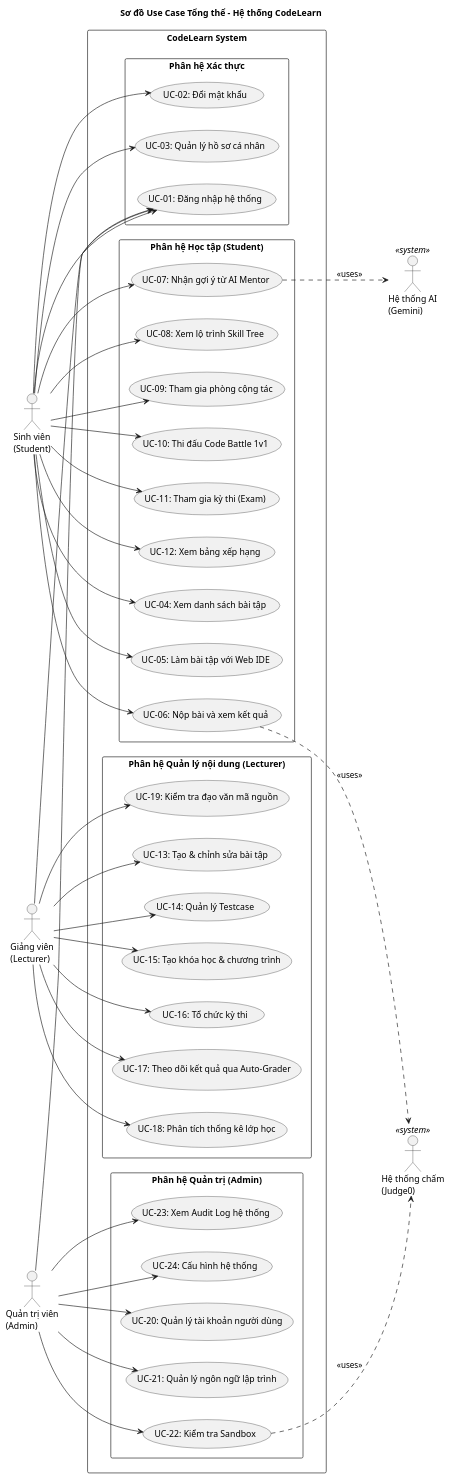
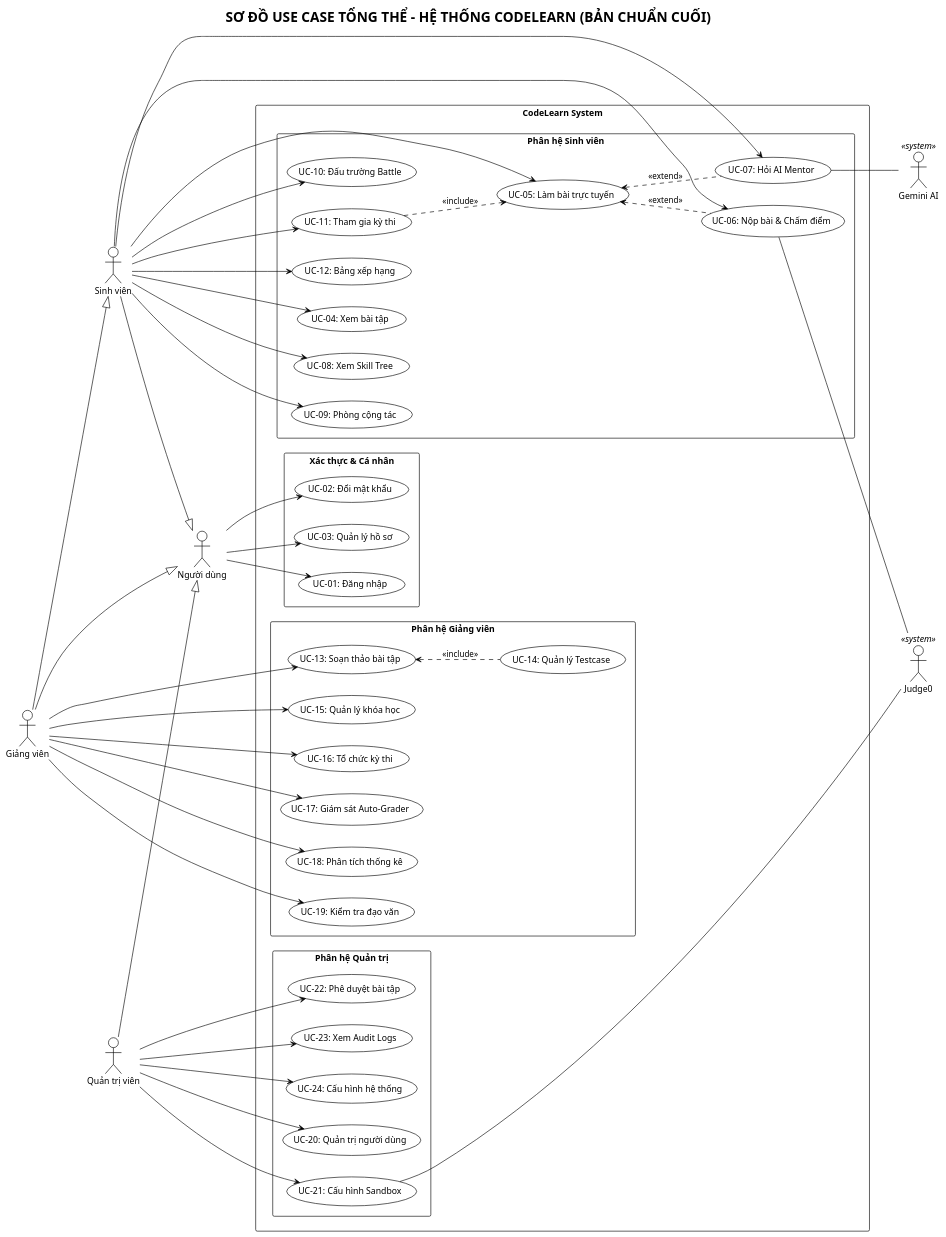
Before and after one commit to ARPHAM/codelearn-fe: the second of 2 diagrams in CodeLearn_BaoCao/03b_Ch3_Architecture_UseCase.md, drawn with PlantUML. The commit also changed other lines of this file and 12 other files, not shown here.

````diff
--- a/CodeLearn_BaoCao/03b_Ch3_Architecture_UseCase.md
+++ b/CodeLearn_BaoCao/03b_Ch3_Architecture_UseCase.md
@@ -111,59 +131,71 @@
 ```plantuml
-@startuml CodeLearn_UseCase_Overview
-skinparam monochrome true`n!theme plain
+@startuml CodeLearn_UseCase_Final
+!theme plain
 left to right direction
 skinparam packageStyle rectangle
+skinparam shadowing false
+skinparam defaultFontName "Segoe UI"
 
-title Sơ đồ Use Case Tổng thể - Hệ thống CodeLearn
+title SƠ ĐỒ USE CASE TỔNG THỂ - HỆ THỐNG CODELEARN (BẢN CHUẨN CUỐI)
 
-actor "Sinh viên\n(Student)" as SV
-actor "Giảng viên\n(Lecturer)" as GV
-actor "Quản trị viên\n(Admin)" as AD
-actor "Hệ thống AI\n(Gemini)" as AI <<system>>
-actor "Hệ thống chấm\n(Judge0)" as J0 <<system>>
+actor "Người dùng" as U
+actor "Sinh viên" as SV
+actor "Giảng viên" as GV
+actor "Quản trị viên" as AD
+actor "Gemini AI" as AI <<system>>
+actor "Judge0" as J0 <<system>>
+
+' Quan hệ kế thừa (Inheritance)
+SV --|> U
+GV --|> U
+GV --|> SV
+AD --|> U
 
 rectangle "CodeLearn System" {
 
-  package "Phân hệ Xác thực" {
-    usecase "UC-01: Đăng nhập hệ thống" as UC01
+  package "Xác thực & Cá nhân" {
+    usecase "UC-01: Đăng nhập" as UC01
     usecase "UC-02: Đổi mật khẩu" as UC02
-    usecase "UC-03: Quản lý hồ sơ cá nhân" as UC03
+    usecase "UC-03: Quản lý hồ sơ" as UC03
   }
 
-  package "Phân hệ Học tập (Student)" {
-    usecase "UC-04: Xem danh sách bài tập" as UC04
-    usecase "UC-05: Làm bài tập với Web IDE" as UC05
-    usecase "UC-06: Nộp bài và xem kết quả" as UC06
-    usecase "UC-07: Nhận gợi ý từ AI Mentor" as UC07
-    usecase "UC-08: Xem lộ trình Skill Tree" as UC08
-    usecase "UC-09: Tham gia phòng cộng tác" as UC09
-    usecase "UC-10: Thi đấu Code Battle 1v1" as UC10
-    usecase "UC-11: Tham gia kỳ thi (Exam)" as UC11
-    usecase "UC-12: Xem bảng xếp hạng" as UC12
+  package "Phân hệ Sinh viên" {
+    usecase "UC-04: Xem bài tập" as UC04
+    usecase "UC-05: Làm bài trực tuyến" as UC05
+    usecase "UC-06: Nộp bài & Chấm điểm" as UC06
+    usecase "UC-07: Hỏi AI Mentor" as UC07
+    usecase "UC-08: Xem Skill Tree" as UC08
+    usecase "UC-09: Phòng cộng tác" as UC09
+    usecase "UC-10: Đấu trường Battle" as UC10
+    usecase "UC-11: Tham gia kỳ thi" as UC11
+    usecase "UC-12: Bảng xếp hạng" as UC12
   }
 
-  package "Phân hệ Quản lý nội dung (Lecturer)" {
-    usecase "UC-13: Tạo & chỉnh sửa bài tập" as UC13
+  package "Phân hệ Giảng viên" {
+    usecase "UC-13: Soạn thảo bài tập" as UC13
     usecase "UC-14: Quản lý Testcase" as UC14
-    usecase "UC-15: Tạo khóa học & chương trình" as UC15
+    usecase "UC-15: Quản lý khóa học" as UC15
     usecase "UC-16: Tổ chức kỳ thi" as UC16
-    usecase "UC-17: Theo dõi kết quả qua Auto-Grader" as UC17
-    usecase "UC-18: Phân tích thống kê lớp học" as UC18
-    usecase "UC-19: Kiểm tra đạo văn mã nguồn" as UC19
+    usecase "UC-17: Giám sát Auto-Grader" as UC17
+    usecase "UC-18: Phân tích thống kê" as UC18
+    usecase "UC-19: Kiểm tra đạo văn" as UC19
   }
 
-  package "Phân hệ Quản trị (Admin)" {
-    usecase "UC-20: Quản lý tài khoản người dùng" as UC20
-    usecase "UC-21: Quản lý ngôn ngữ lập trình" as UC21
-    usecase "UC-22: Kiểm tra Sandbox" as UC22
-    usecase "UC-23: Xem Audit Log hệ thống" as UC23
+  package "Phân hệ Quản trị" {
+    usecase "UC-20: Quản trị người dùng" as UC20
+    usecase "UC-21: Cấu hình Sandbox" as UC21
+    usecase "UC-22: Phê duyệt bài tập" as UC22
+    usecase "UC-23: Xem Audit Logs" as UC23
     usecase "UC-24: Cấu hình hệ thống" as UC24
   }
 }
 
-SV --> UC01
-SV --> UC02
-SV --> UC03
+' Kết nối Common
+U --> UC01
+U --> UC02
+U --> UC03
+
+' Kết nối Sinh viên
 SV --> UC04
 SV --> UC05
 SV --> UC06
@@ -174,25 +206,31 @@
 SV --> UC11
 SV --> UC12
 
-GV --> UC01
+' Quan hệ Logic nội bộ
+UC05 <.. UC06 : <<extend>>
+UC05 <.. UC07 : <<extend>>
+UC13 <.. UC14 : <<include>>
+UC11 ..> UC05 : <<include>>
+
+' Kết nối Giảng viên
 GV --> UC13
-GV --> UC14
 GV --> UC15
 GV --> UC16
 GV --> UC17
 GV --> UC18
 GV --> UC19
 
-AD --> UC01
+' Kết nối Admin
 AD --> UC20
 AD --> UC21
 AD --> UC22
 AD --> UC23
 AD --> UC24
 
-UC06 ..> J0 : <<uses>>
-UC07 ..> AI : <<uses>>
-UC22 ..> J0 : <<uses>>
+' Kết nối Hệ thống ngoài (Association chuẩn)
+UC06 -- J0
+UC07 -- AI
+UC21 -- J0
 
 @enduml
 ```
````
